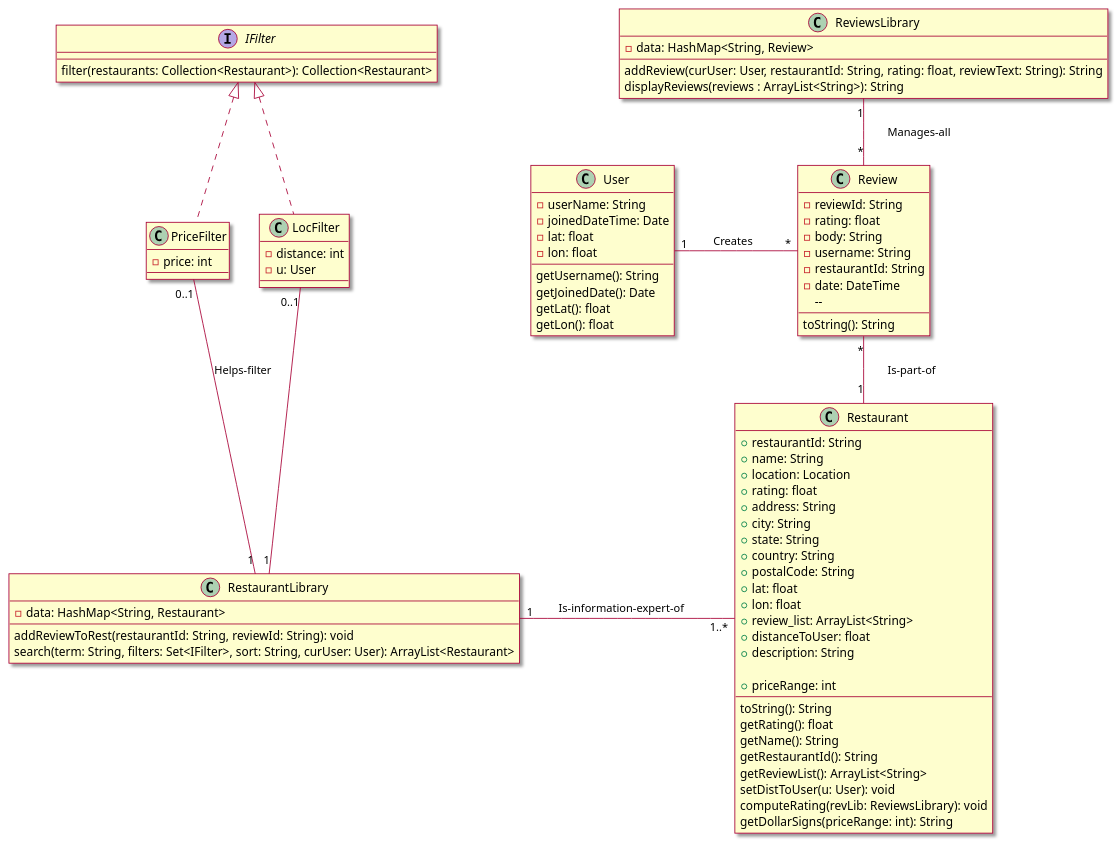
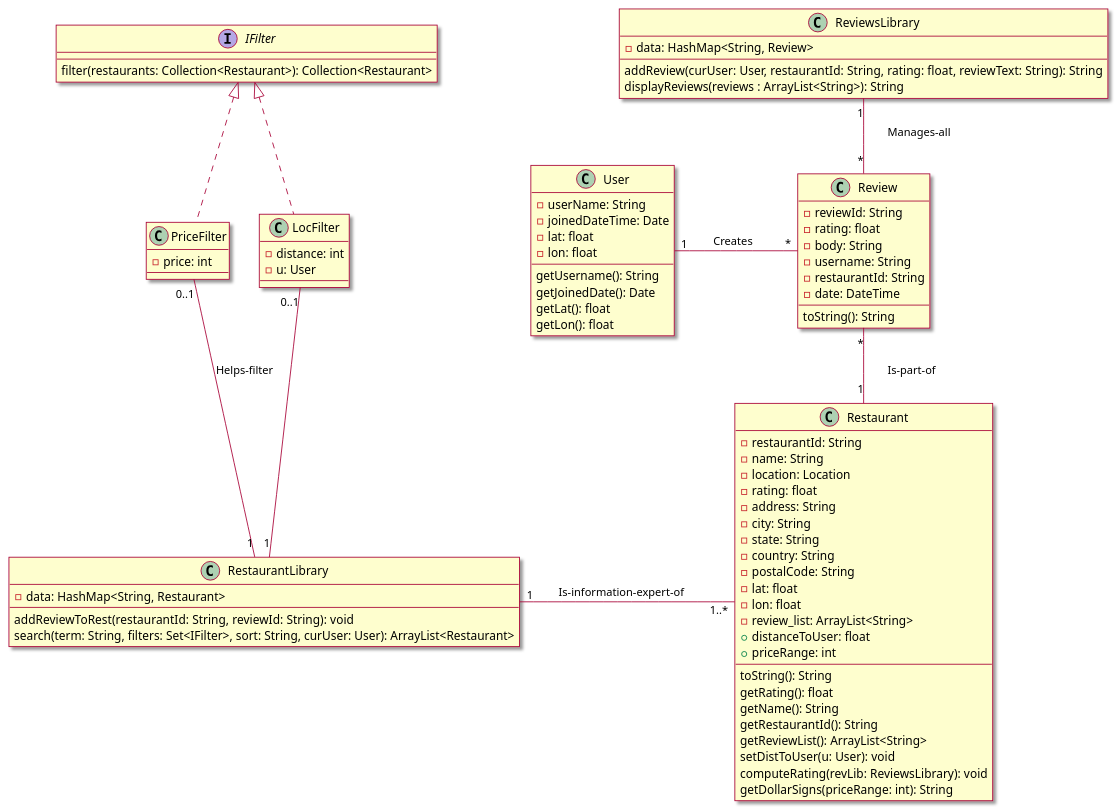
The third of 3 diagrams in intellij/doc/design.md (tanwasp/LunchBox-Android), drawn with PlantUML before and after one commit. The commit also changed 1 other file, not shown here.

Commit message:
finalized class methods

```diff
--- a/intellij/doc/design.md
+++ b/intellij/doc/design.md
@@ -77,21 +77,19 @@
 'skinparam classAttributeIconSize 0
 
 class Restaurant{
-    +restaurantId: String
-    +name: String
-    +location: Location
-    +rating: float
-    +address: String
-    +city: String
-    +state: String
-    +country: String
-    +postalCode: String
-    +lat: float
-    +lon: float
-    +review_list: ArrayList<String>
+    -restaurantId: String
+    -name: String
+    -location: Location
+    -rating: float
+    -address: String
+    -city: String
+    -state: String
+    -country: String
+    -postalCode: String
+    -lat: float
+    -lon: float
+    -review_list: ArrayList<String>
     +distanceToUser: float
-    +description: String
-
     +priceRange: int
     --
     toString(): String
@@ -111,7 +109,7 @@
     -username: String
     -restaurantId: String
     -date: DateTime
-    -- 
+    --
     toString(): String
 }
 
```
